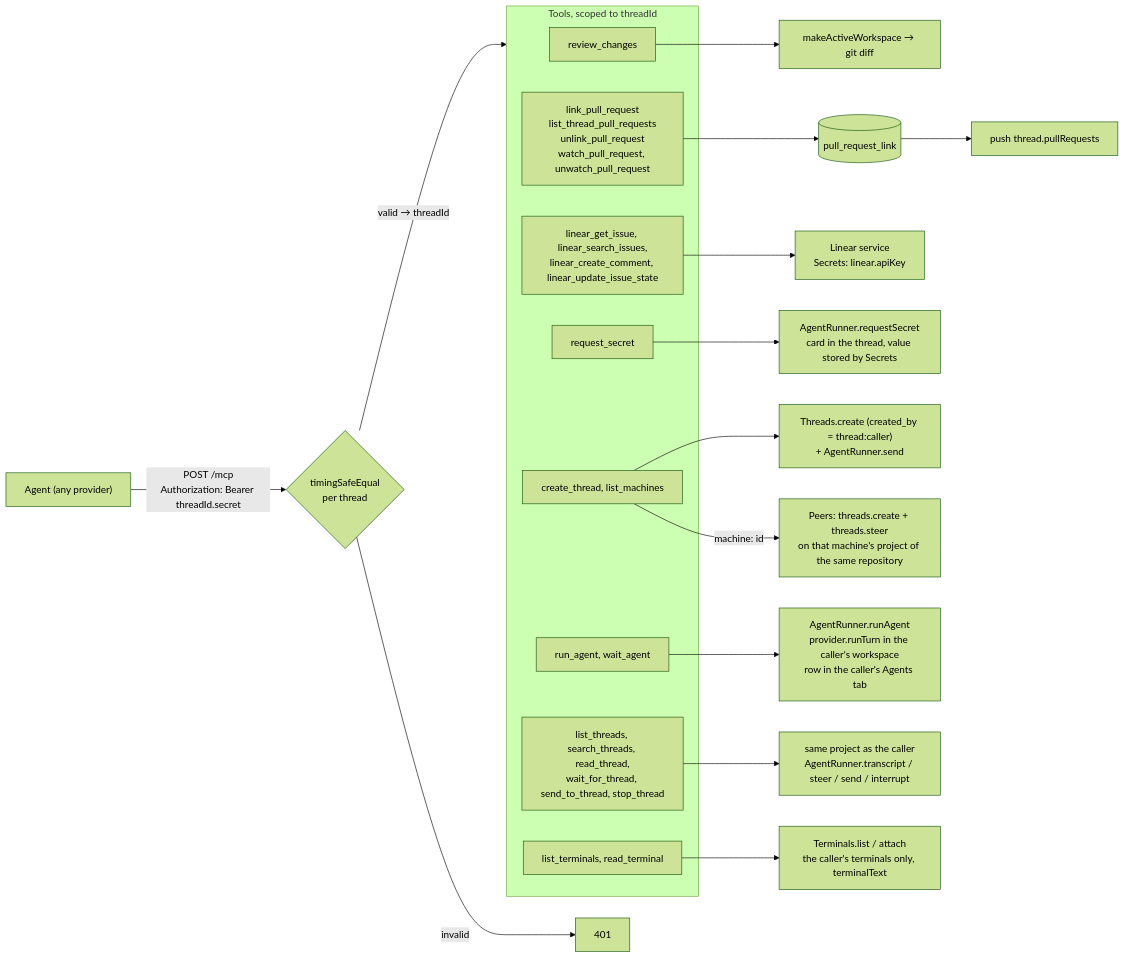
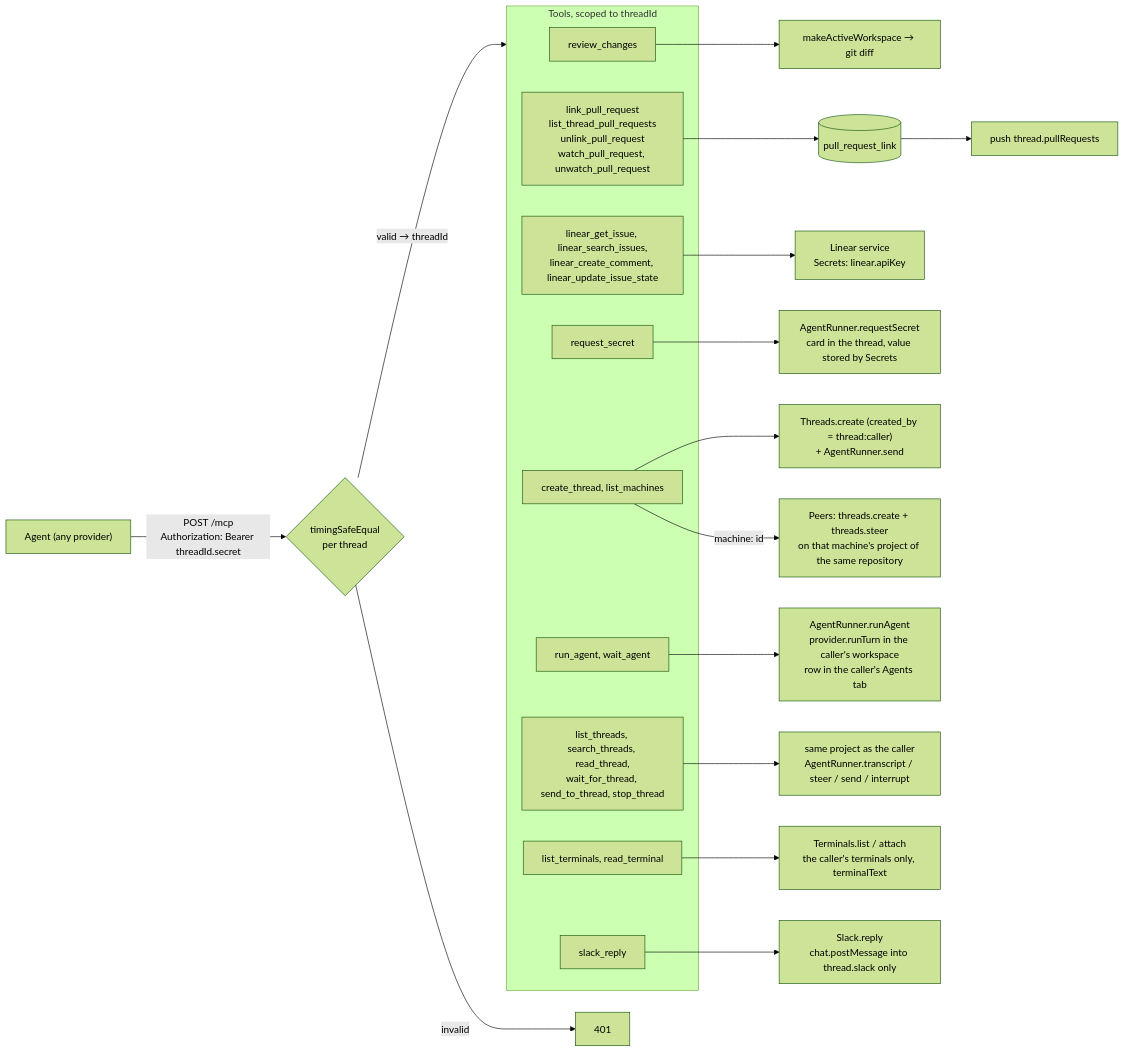
Before and after one commit to hinadev-ai/hinacode: diagram 16 of 19 in docs/arch.md, drawn with Mermaid (forest theme). The commit also changed 1 other file, not shown here.

Commit message:
docs(slack): record what the reply slice built

````diff
--- a/docs/arch.md
+++ b/docs/arch.md
@@ -663,25 +663,27 @@
 ```mermaid
 flowchart LR
   agent["Agent (any provider)"] -- "POST /mcp<br/>Authorization: Bearer threadId.secret" --> auth{"timingSafeEqual<br/>per thread"}
   auth -- "valid → threadId" --> tools
   auth -- invalid --> deny["401"]
   subgraph tools["Tools, scoped to threadId"]
     review["review_changes"]
     prs["link_pull_request<br/>list_thread_pull_requests<br/>unlink_pull_request<br/>watch_pull_request, unwatch_pull_request"]
     linear["linear_get_issue, linear_search_issues,<br/>linear_create_comment, linear_update_issue_state"]
     secret["request_secret"]
     create["create_thread, list_machines"]
     run["run_agent, wait_agent"]
     control["list_threads, search_threads, read_thread,<br/>wait_for_thread, send_to_thread, stop_thread"]
     terms["list_terminals, read_terminal"]
+    slack["slack_reply"]
   end
   review --> ws["makeActiveWorkspace → git diff"]
   prs --> db[("pull_request_link")] --> push["push thread.pullRequests"]
   linear --> apikey["Linear service<br/>Secrets: linear.apiKey"]
   secret --> runner["AgentRunner.requestSecret<br/>card in the thread, value stored by Secrets"]
   create --> threads["Threads.create (created_by = thread:caller)<br/>+ AgentRunner.send"]
   create -- "machine: id" --> peers["Peers: threads.create + threads.steer<br/>on that machine's project of the same repository"]
   run --> agentRun["AgentRunner.runAgent<br/>provider.runTurn in the caller's workspace<br/>row in the caller's Agents tab"]
   control --> scope["same project as the caller<br/>AgentRunner.transcript / steer / send / interrupt"]
   terms --> scrollback["Terminals.list / attach<br/>the caller's terminals only, terminalText"]
+  slack --> slackThread["Slack.reply<br/>chat.postMessage into thread.slack only"]
 ```
````
